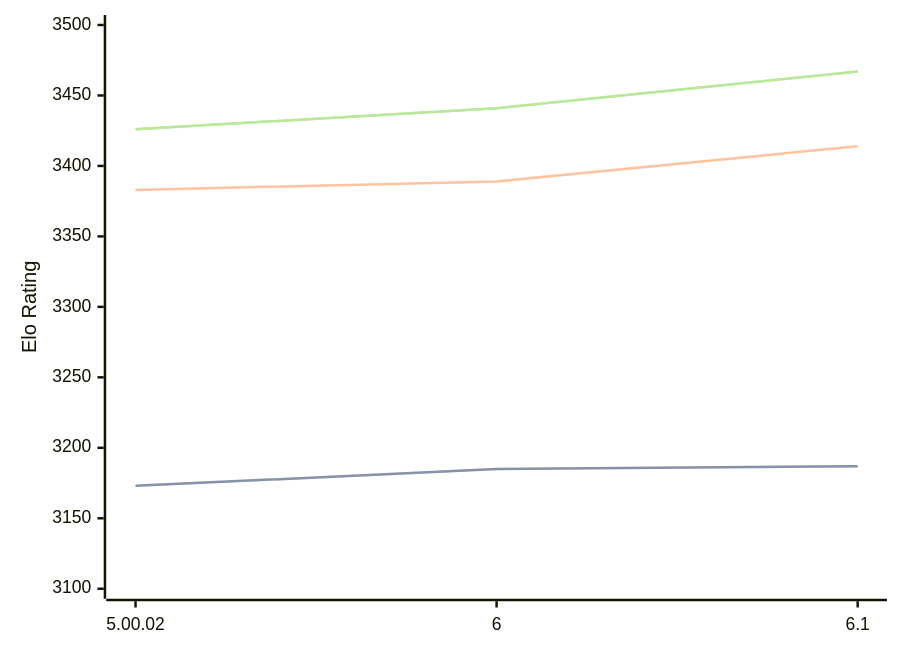
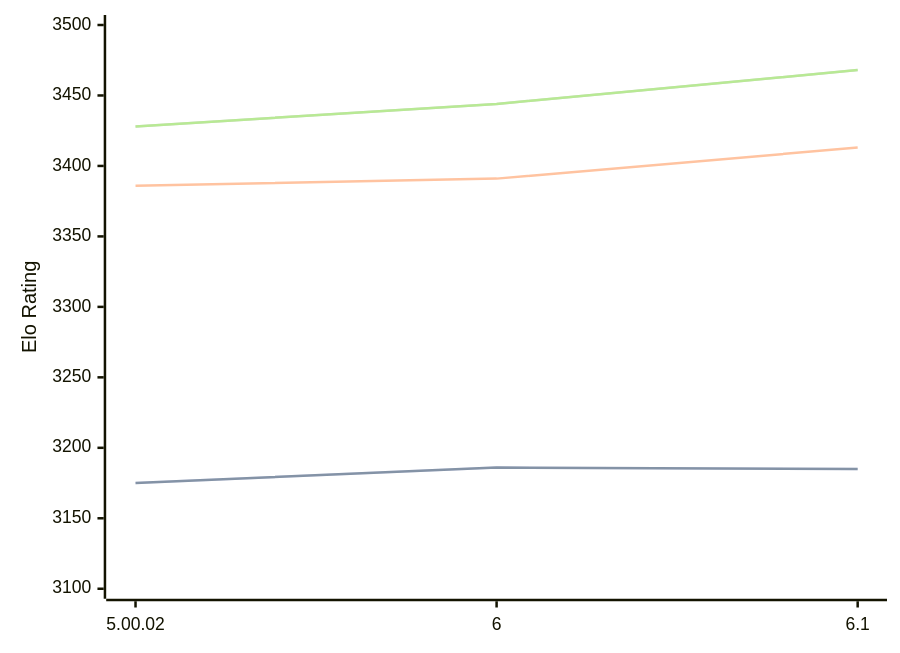
One commit to computer-chess-index/cci changed the diagram in engines/Zangdar.md. Above: the diagram before and after it, drawn with Mermaid. The commit also changed other lines of this file, not shown here.

Commit message:
Update CCI Ratings (ELO VLTC) - 2026-02-20

````diff
--- a/engines/Zangdar.md
+++ b/engines/Zangdar.md
@@ -42,11 +42,11 @@
 ```mermaid
 %%{init: {"theme":"base","themeVariables":{"seriesColors:['#a3a3a3','#222221','#faa371']}}}%%
 xychart-beta
   x-axis ["5.00.02", "6", "6.1"]
   y-axis "Elo Rating" 3100 --> 3500
-  line "STC (8.0+0.08s)" [3173, 3185, 3187]
-  line "STC (8.0+0.08s)" [3173, 3185, 3187]
-  line "LTC (60.0+0.60s)" [3383, 3389, 3414]
-  line "VLTC (2m24s+1.12s)" [3426, 3441, 3467]
-  line "VLTC (2m24s+1.12s)" [3426, 3441, 3467]
+  line "STC (8.0+0.08s)" [3175, 3186, 3185]
+  line "STC (8.0+0.08s)" [3175, 3186, 3185]
+  line "LTC (60.0+0.60s)" [3386, 3391, 3413]
+  line "VLTC (2m24s+1.12s)" [3428, 3444, 3468]
+  line "VLTC (2m24s+1.12s)" [3428, 3444, 3468]
 ```
````
